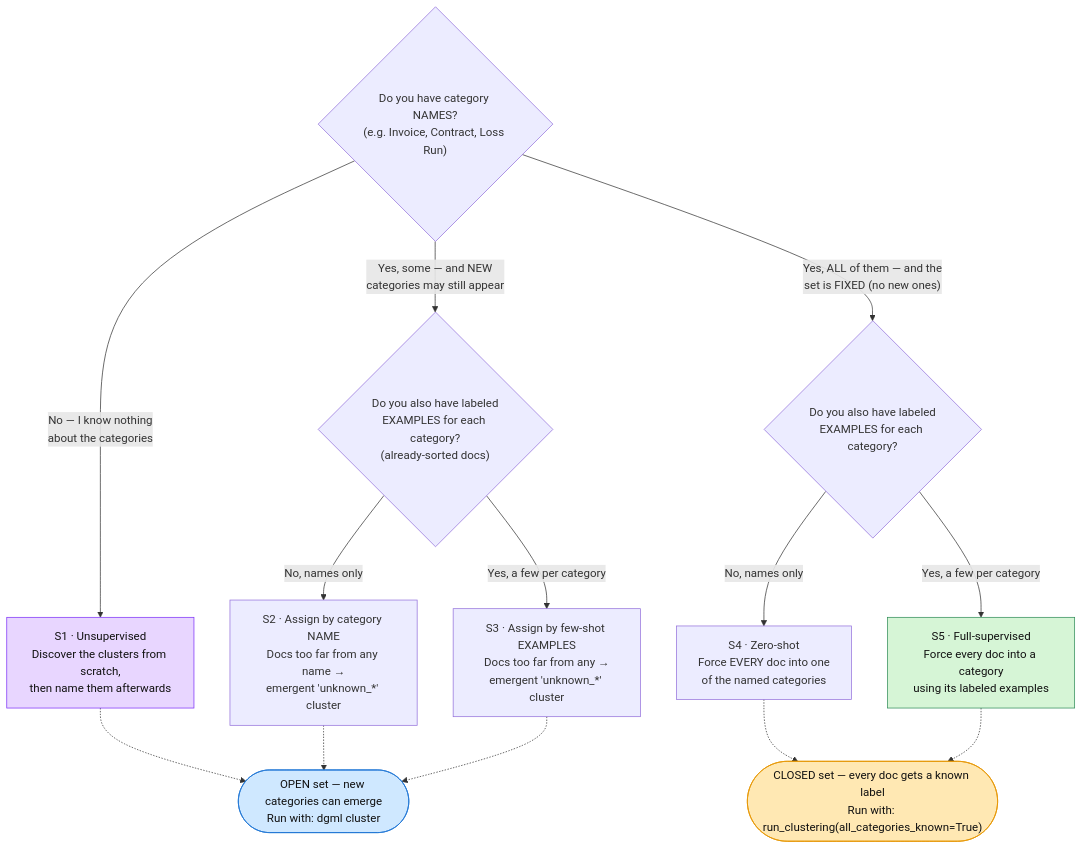
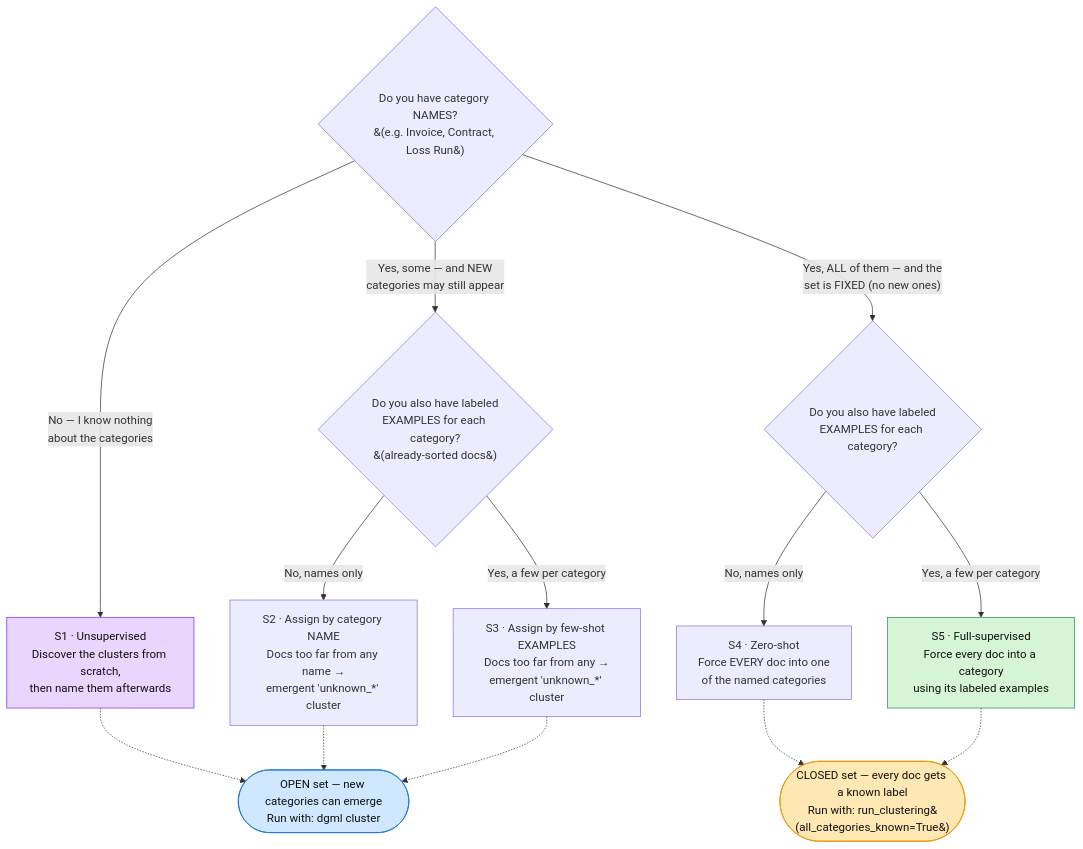
One commit to McInB/dgml changed the diagram in docs/choosing-a-clustering-scenario.md. Above: the diagram before and after it, drawn with Mermaid. The commit also changed other lines of this file, not shown here.

First line of the commit message:
docs: make the closed-set clustering snippets actually runnable

````diff
--- a/docs/choosing-a-clustering-scenario.md
+++ b/docs/choosing-a-clustering-scenario.md
@@ -15,23 +15,23 @@
 ```mermaid
 flowchart TD
-    Q1{"Do you have category NAMES?<br/>(e.g. Invoice, Contract, Loss Run)"}
+    Q1{"Do you have category NAMES?<br/>&#40;e.g. Invoice, Contract, Loss Run&#41;"}
     Q1 -->|"No — I know nothing<br/>about the categories"| S1["S1 · Unsupervised<br/>Discover the clusters from scratch,<br/>then name them afterwards"]
-    Q1 -->|"Yes, some — and NEW<br/>categories may still appear"| Q2{"Do you also have labeled<br/>EXAMPLES for each category?<br/>(already-sorted docs)"}
+    Q1 -->|"Yes, some — and NEW<br/>categories may still appear"| Q2{"Do you also have labeled<br/>EXAMPLES for each category?<br/>&#40;already-sorted docs&#41;"}
     Q1 -->|"Yes, ALL of them — and the<br/>set is FIXED (no new ones)"| Q3{"Do you also have labeled<br/>EXAMPLES for each category?"}
 
     Q2 -->|"No, names only"| S2["S2 · Assign by category NAME<br/>Docs too far from any name →<br/>emergent 'unknown_*' cluster"]
     Q2 -->|"Yes, a few per category"| S3["S3 · Assign by few-shot EXAMPLES<br/>Docs too far from any →<br/>emergent 'unknown_*' cluster"]
     Q3 -->|"No, names only"| S4["S4 · Zero-shot<br/>Force EVERY doc into one<br/>of the named categories"]
     Q3 -->|"Yes, a few per category"| S5["S5 · Full-supervised<br/>Force every doc into a category<br/>using its labeled examples"]
 
     S1 -.-> OPEN(["OPEN set — new categories can emerge<br/>Run with: dgml cluster"])
     S2 -.-> OPEN
     S3 -.-> OPEN
-    S4 -.-> CLOSED(["CLOSED set — every doc gets a known label<br/>Run with: run_clustering(all_categories_known=True)"])
+    S4 -.-> CLOSED(["CLOSED set — every doc gets a known label<br/>Run with: run_clustering&#40;all_categories_known=True&#41;"])
     S5 -.-> CLOSED
 
     style S1 fill:#e8d6ff,stroke:#7b2ff7,color:#111
     style S5 fill:#d6f5d6,stroke:#2e8b57,color:#111
     style OPEN fill:#cfe8ff,stroke:#1c74d4,color:#111
     style CLOSED fill:#ffe8b3,stroke:#e69500,color:#111
 ```
````
